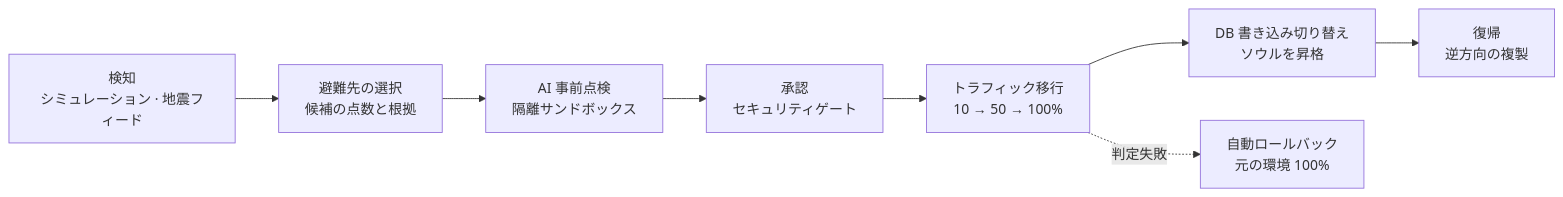
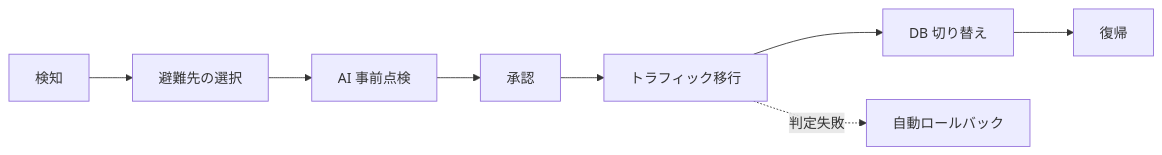
Before and after one commit to Softbank-Hackathon-2026-Team-Echo/.github: the first of 2 diagrams in profile/README.md, drawn with Mermaid. The commit also changed other lines of this file, not shown here.

Commit message:
docs: 조직 소개를 시스템 아키텍처 중심으로 다시 쓰기

````diff
--- a/profile/README.md
+++ b/profile/README.md
@@ -193,10 +193,5 @@
 ```mermaid
 flowchart LR
-  A[検知<br/>シミュレーション · 地震フィード] --> B[避難先の選択<br/>候補の点数と根拠]
-  B --> C[AI 事前点検<br/>隔離サンドボックス]
-  C --> D[承認<br/>セキュリティゲート]
-  D --> E[トラフィック移行<br/>10 → 50 → 100%]
-  E --> F[DB 書き込み切り替え<br/>ソウルを昇格]
-  F --> G[復帰<br/>逆方向の複製]
-  E -. 判定失敗 .-> H[自動ロールバック<br/>元の環境 100%]
+  A[検知] --> B[避難先の選択] --> C[AI 事前点検] --> D[承認] --> E[トラフィック移行] --> F[DB 切り替え] --> G[復帰]
+  E -. 判定失敗 .-> H[自動ロールバック]
 ```
````
